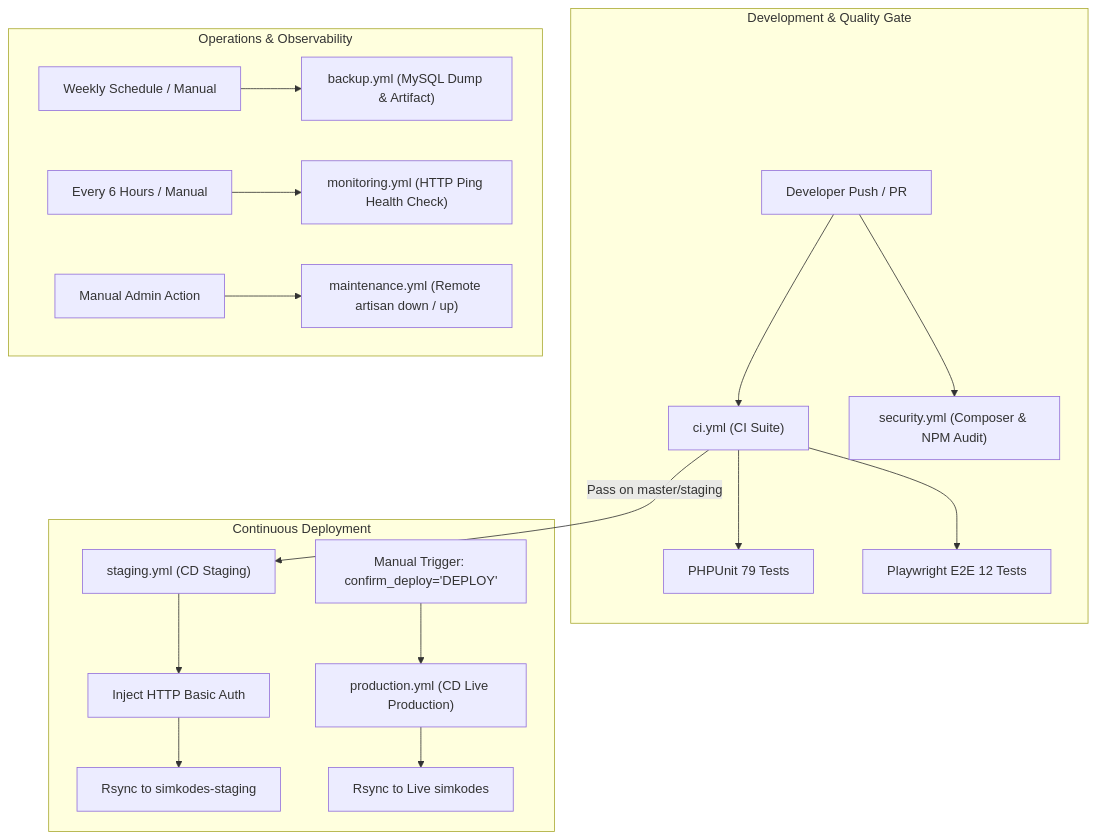
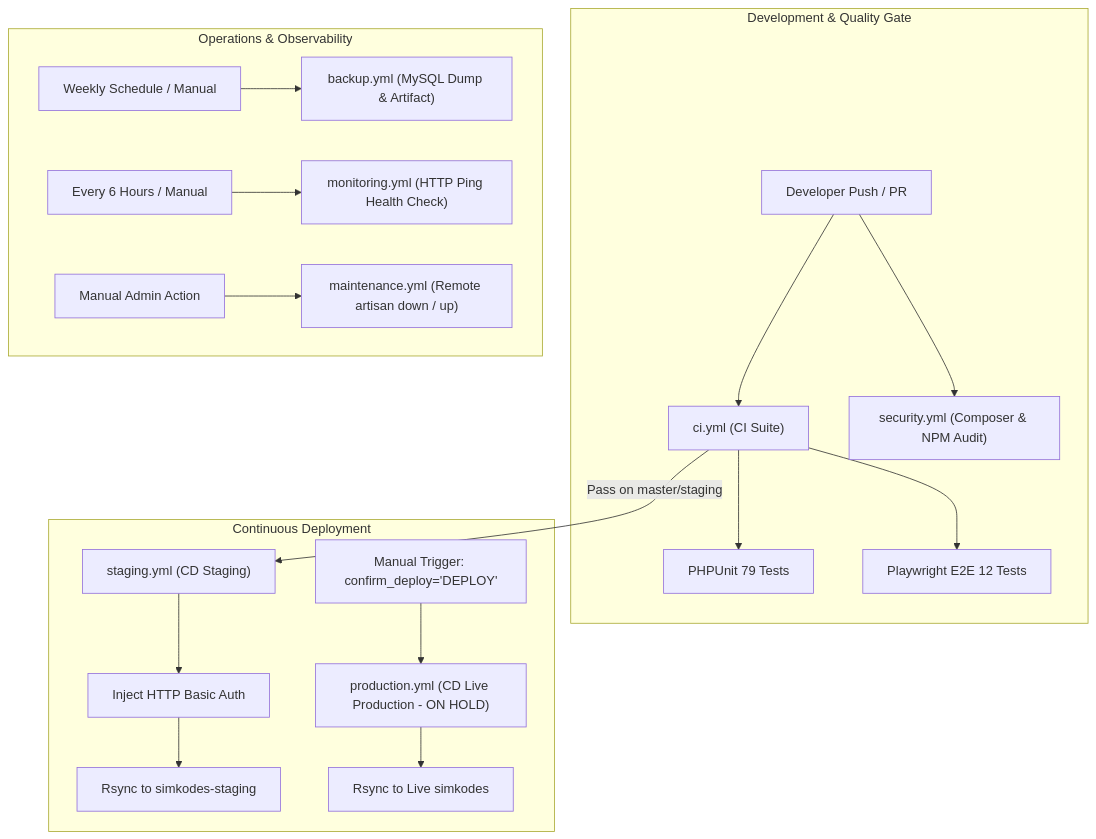
The diagram in docs/prd/04_cicd_pipeline.md (muhamadrofii/simkodes), drawn with Mermaid before and after one commit. The commit also changed other lines of this file and 4 other files, not shown here.

````diff
--- a/docs/prd/04_cicd_pipeline.md
+++ b/docs/prd/04_cicd_pipeline.md
@@ -18,24 +18,24 @@
 ```mermaid
 flowchart TD
     subgraph Development & Quality Gate
         DEV["Developer Push / PR"] --> CI["ci.yml (CI Suite)"]
         CI --> PHPUNIT["PHPUnit 79 Tests"]
         CI --> E2E["Playwright E2E 12 Tests"]
         DEV --> SEC["security.yml (Composer & NPM Audit)"]
     end
 
     subgraph Continuous Deployment
         CI -->|Pass on master/staging| STG["staging.yml (CD Staging)"]
         STG --> BAUTH["Inject HTTP Basic Auth"]
         BAUTH --> RSYNC_STG["Rsync to simkodes-staging"]
 
-        PROD_TRIGGER["Manual Trigger: confirm_deploy='DEPLOY'"] --> PROD["production.yml (CD Live Production)"]
+        PROD_TRIGGER["Manual Trigger: confirm_deploy='DEPLOY'"] --> PROD["production.yml (CD Live Production - ON HOLD)"]
         PROD --> RSYNC_PROD["Rsync to Live simkodes"]
     end
 
     subgraph Operations & Observability
         SCHEDULE_BCK["Weekly Schedule / Manual"] --> BCK["backup.yml (MySQL Dump & Artifact)"]
         SCHEDULE_MON["Every 6 Hours / Manual"] --> MON["monitoring.yml (HTTP Ping Health Check)"]
         ADMIN_OPS["Manual Admin Action"] --> MAINT["maintenance.yml (Remote artisan down / up)"]
     end
 ```
````
